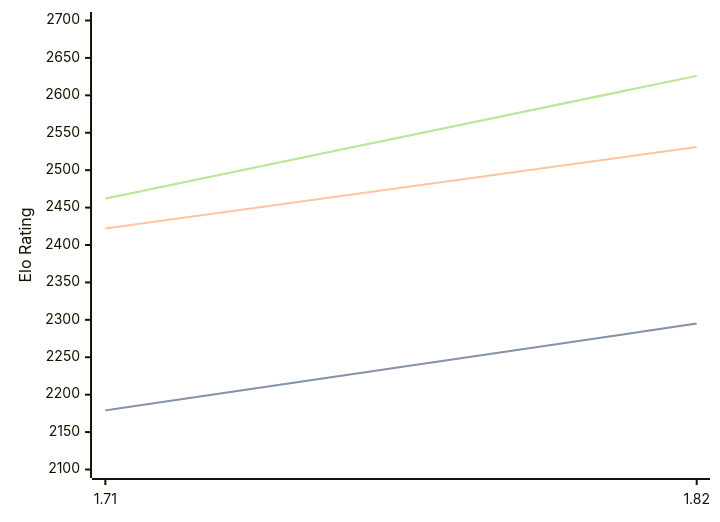
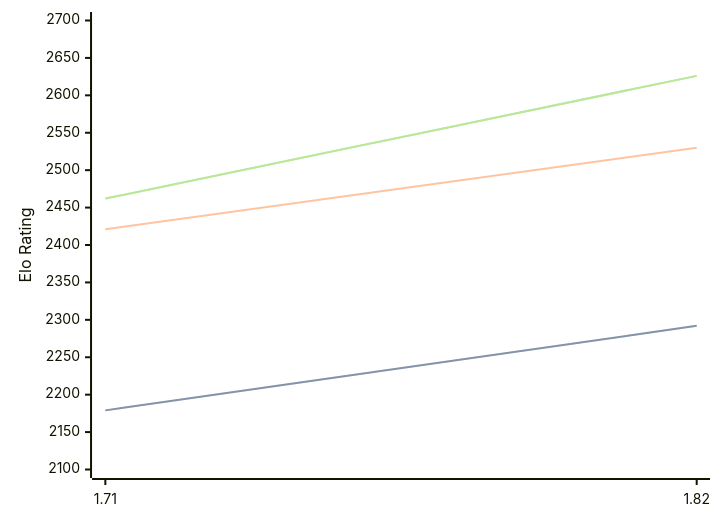
The first of 3 diagrams in engines/Amira.md (computer-chess-index/cci), drawn with Mermaid before and after one commit. The commit also changed other lines of this file, not shown here.

````diff
--- a/engines/Amira.md
+++ b/engines/Amira.md
@@ -35,11 +35,11 @@
 ```mermaid
 %%{init: {"theme":"base","themeVariables":{"seriesColors:['#a3a3a3','#222221','#faa371']}}}%%
 xychart-beta
   x-axis ["1.71", "1.82"]
   y-axis "Elo Rating" 2100 --> 2700
-  line "STC (8.0+0.08s)" [2179, 2295]
-  line "STC (8.0+0.08s)" [2179, 2295]
-  line "LTC (60.0+0.60s)" [2422, 2531]
+  line "STC (8.0+0.08s)" [2179, 2292]
+  line "STC (8.0+0.08s)" [2179, 2292]
+  line "LTC (60.0+0.60s)" [2421, 2530]
   line "VLTC (2m24s+1.12s)" [2462, 2626]
   line "VLTC (2m24s+1.12s)" [2462, 2626]
 ```
````
